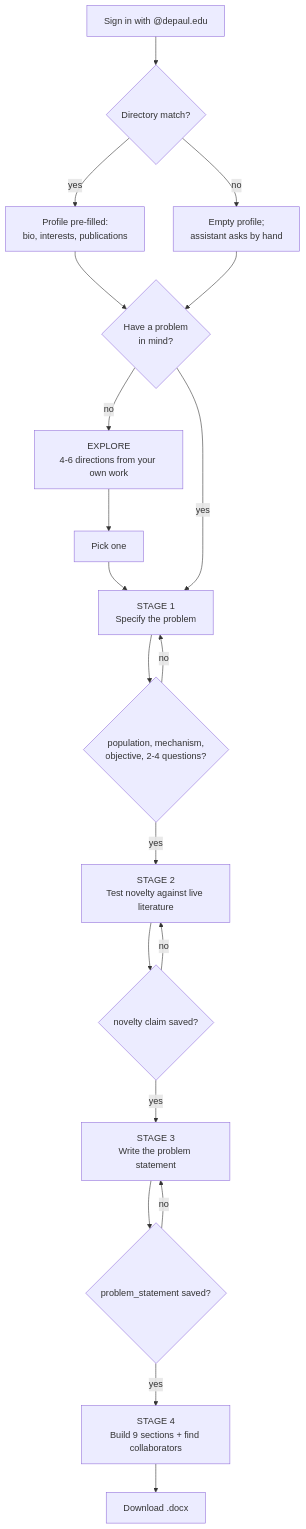
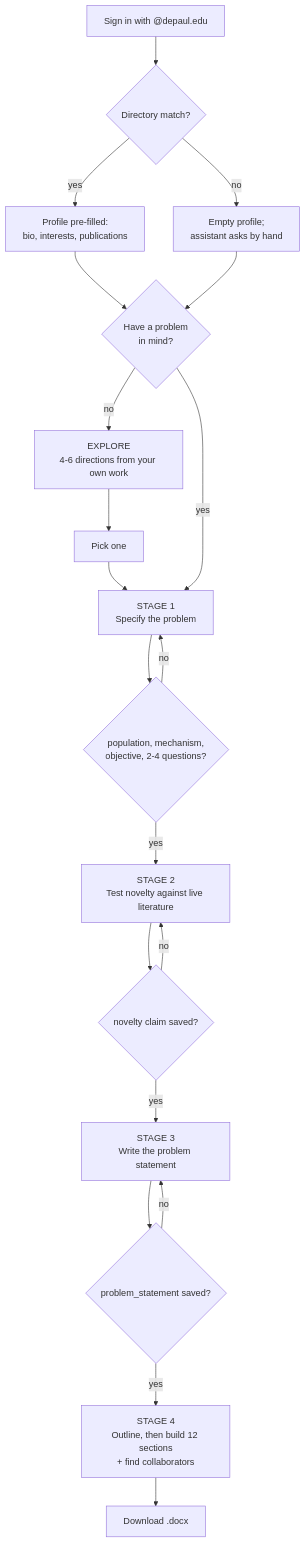
The diagram in docs/ADVISOR_AND_EXPLORE.md (azhengis/matching_faculty_AI), drawn with Mermaid before and after one commit. The commit also changed other lines of this file and 7 other files, not shown here.

````diff
--- a/docs/ADVISOR_AND_EXPLORE.md
+++ b/docs/ADVISOR_AND_EXPLORE.md
@@ -32,22 +32,22 @@
 ```mermaid
 flowchart TD
     A["Sign in with @depaul.edu"] --> B{"Directory match?"}
     B -->|yes| C["Profile pre-filled:<br/>bio, interests, publications"]
     B -->|no| D["Empty profile;<br/>assistant asks by hand"]
     C --> E{"Have a problem<br/>in mind?"}
     D --> E
     E -->|"no"| X["EXPLORE<br/>4-6 directions from your own work"]
     X --> X2["Pick one"]
     X2 --> S1
     E -->|"yes"| S1["STAGE 1<br/>Specify the problem"]
     S1 --> G1{"population, mechanism,<br/>objective, 2-4 questions?"}
     G1 -->|no| S1
     G1 -->|yes| S2["STAGE 2<br/>Test novelty against live literature"]
     S2 --> G2{"novelty claim saved?"}
     G2 -->|no| S2
     G2 -->|yes| S3["STAGE 3<br/>Write the problem statement"]
     S3 --> G3{"problem_statement saved?"}
     G3 -->|no| S3
-    G3 -->|yes| S4["STAGE 4<br/>Build 9 sections + find collaborators"]
+    G3 -->|yes| S4["STAGE 4<br/>Outline, then build 12 sections<br/>+ find collaborators"]
     S4 --> Z["Download .docx"]
 ```
````
